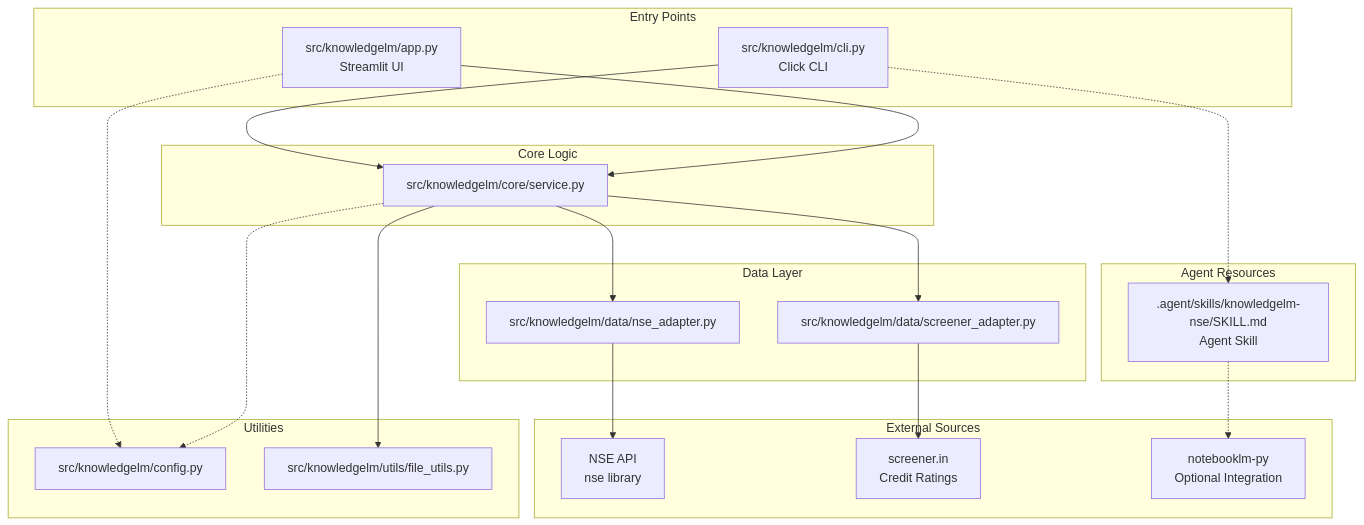
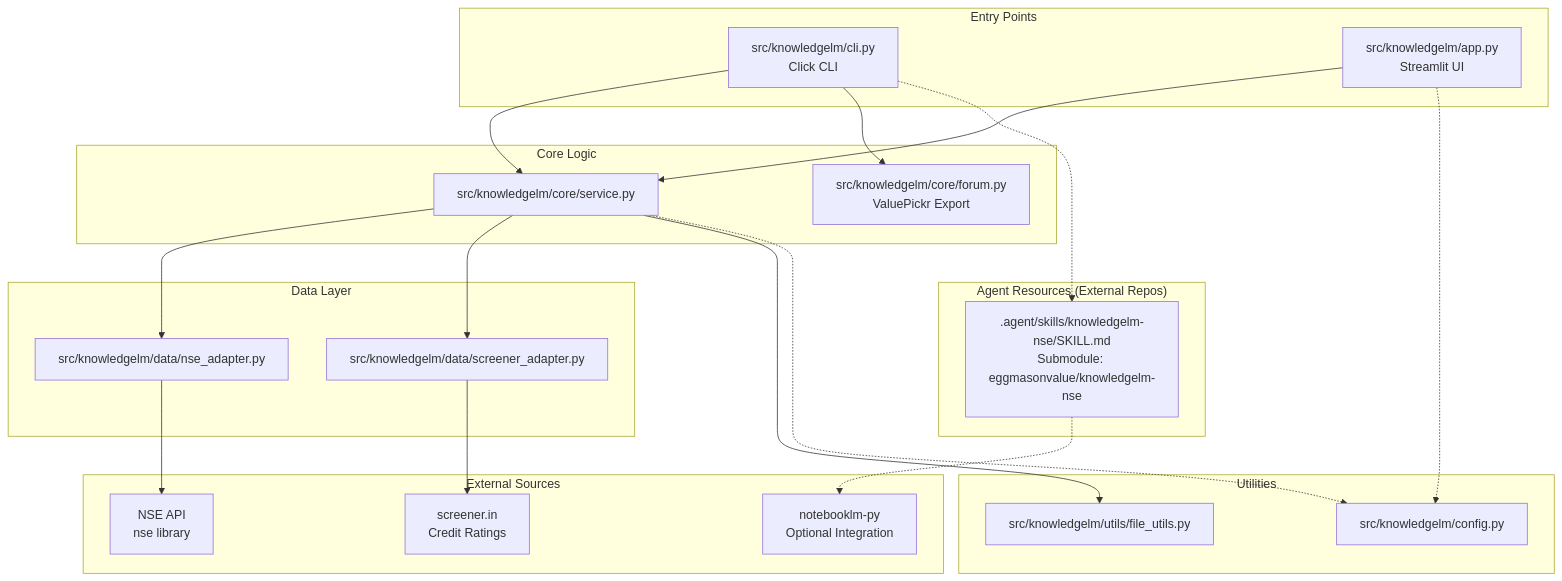
One commit to eggmasonvalue/KnowledgeLM changed the first of 2 diagrams in .context/ARCHITECTURE.md. Above: the diagram before and after it, drawn with Mermaid. The commit also changed other lines of this file and 9 other files, not shown here.

````diff
--- a/.context/ARCHITECTURE.md
+++ b/.context/ARCHITECTURE.md
@@ -5,43 +5,45 @@
 ```mermaid
 graph TD
     subgraph Entry["Entry Points"]
         CLI[src/knowledgelm/cli.py<br/>Click CLI]
         APP[src/knowledgelm/app.py<br/>Streamlit UI]
     end
     
     subgraph Logic["Core Logic"]
         SRV[src/knowledgelm/core/service.py]
+        FORUM[src/knowledgelm/core/forum.py<br/>ValuePickr Export]
     end
     
     subgraph Data["Data Layer"]
         NSE_ADPT[src/knowledgelm/data/nse_adapter.py]
         SCR_ADPT[src/knowledgelm/data/screener_adapter.py]
     end
     
-    subgraph Agent["Agent Resources"]
-        SKILL[.agent/skills/knowledgelm-nse/SKILL.md<br/>Agent Skill]
+    subgraph Agent["Agent Resources (External Repos)"]
+        SKILL[.agent/skills/knowledgelm-nse/SKILL.md<br/>Submodule: eggmasonvalue/knowledgelm-nse]
     end
     
     subgraph Utils["Utilities"]
         CONF[src/knowledgelm/config.py]
         F_UTIL[src/knowledgelm/utils/file_utils.py]
     end
     
     subgraph External["External Sources"]
         NSE_LIB[NSE API<br/>nse library]
         SCR_WEB[screener.in<br/>Credit Ratings]
         NLMPY[notebooklm-py<br/>Optional Integration]
     end
     
     CLI --> SRV
+    CLI --> FORUM
     APP --> SRV
     SRV --> NSE_ADPT
     SRV --> SCR_ADPT
     SRV --> F_UTIL
     NSE_ADPT --> NSE_LIB
     SCR_ADPT --> SCR_WEB
     CLI .-> SKILL
     SKILL .-> NLMPY
     APP ..-> CONF
     SRV ..-> CONF
 ```
````
